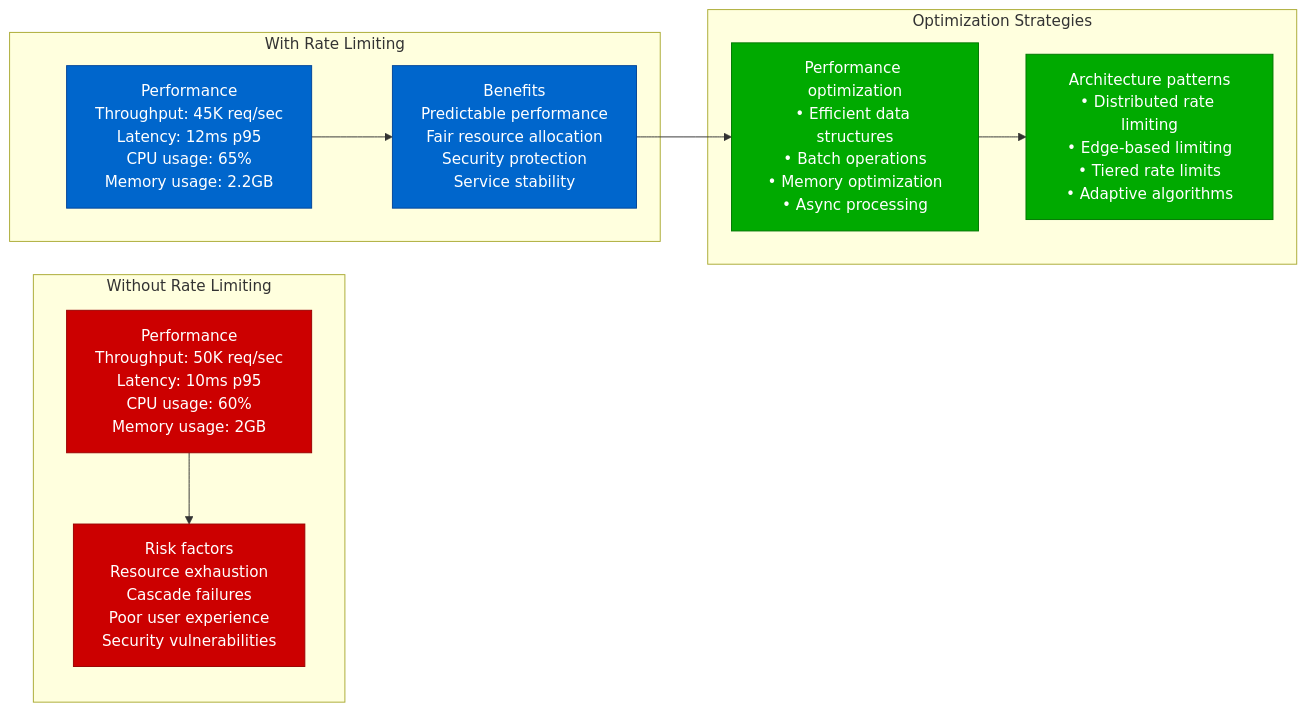
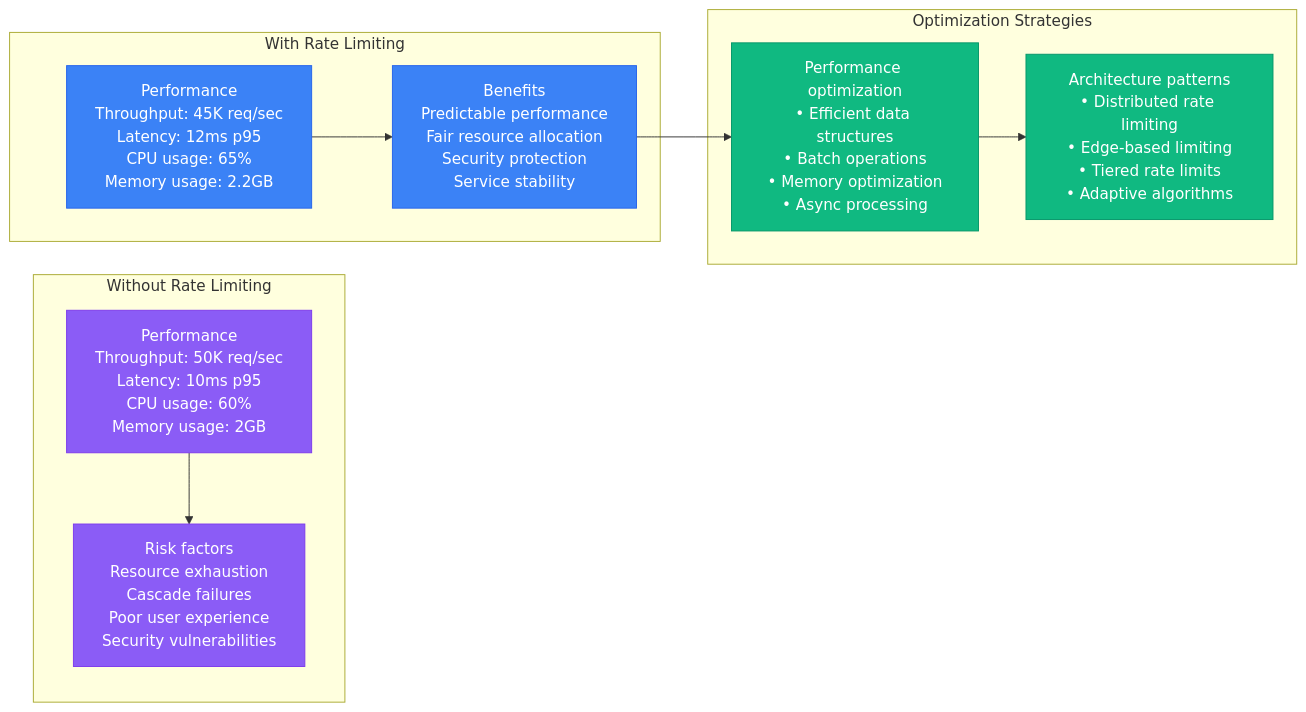
The eighth of 11 diagrams in site/docs/performance/rest-api-performance-profile.md (deepaucksharma/DS), drawn with Mermaid before and after one commit. The commit also changed other lines of this file and 303 other files, not shown here.

````diff
--- a/site/docs/performance/rest-api-performance-profile.md
+++ b/site/docs/performance/rest-api-performance-profile.md
@@ -317,35 +317,35 @@
 ```mermaid
 graph LR
     subgraph "Without Rate Limiting"
         NO_RL1[Performance<br/>Throughput: 50K req/sec<br/>Latency: 10ms p95<br/>CPU usage: 60%<br/>Memory usage: 2GB]
 
         NO_RL2[Risk factors<br/>Resource exhaustion<br/>Cascade failures<br/>Poor user experience<br/>Security vulnerabilities]
 
         NO_RL1 --> NO_RL2
     end
 
     subgraph "With Rate Limiting"
         WITH_RL1[Performance<br/>Throughput: 45K req/sec<br/>Latency: 12ms p95<br/>CPU usage: 65%<br/>Memory usage: 2.2GB]
 
         WITH_RL2[Benefits<br/>Predictable performance<br/>Fair resource allocation<br/>Security protection<br/>Service stability]
 
         WITH_RL1 --> WITH_RL2
     end
 
     subgraph "Optimization Strategies"
         OPT1[Performance optimization<br/>• Efficient data structures<br/>• Batch operations<br/>• Memory optimization<br/>• Async processing]
 
         OPT2[Architecture patterns<br/>• Distributed rate limiting<br/>• Edge-based limiting<br/>• Tiered rate limits<br/>• Adaptive algorithms]
 
         WITH_RL2 --> OPT1
         OPT1 --> OPT2
     end
 
-    classDef noRlStyle fill:#CC0000,stroke:#990000,color:#fff
-    classDef withRlStyle fill:#0066CC,stroke:#004499,color:#fff
-    classDef optStyle fill:#00AA00,stroke:#007700,color:#fff
+    classDef noRlStyle fill:#8B5CF6,stroke:#7C3AED,color:#fff
+    classDef withRlStyle fill:#3B82F6,stroke:#2563EB,color:#fff
+    classDef optStyle fill:#10B981,stroke:#059669,color:#fff
 
     class NO_RL1,NO_RL2 noRlStyle
     class WITH_RL1,WITH_RL2 withRlStyle
     class OPT1,OPT2 optStyle
 ```
````
